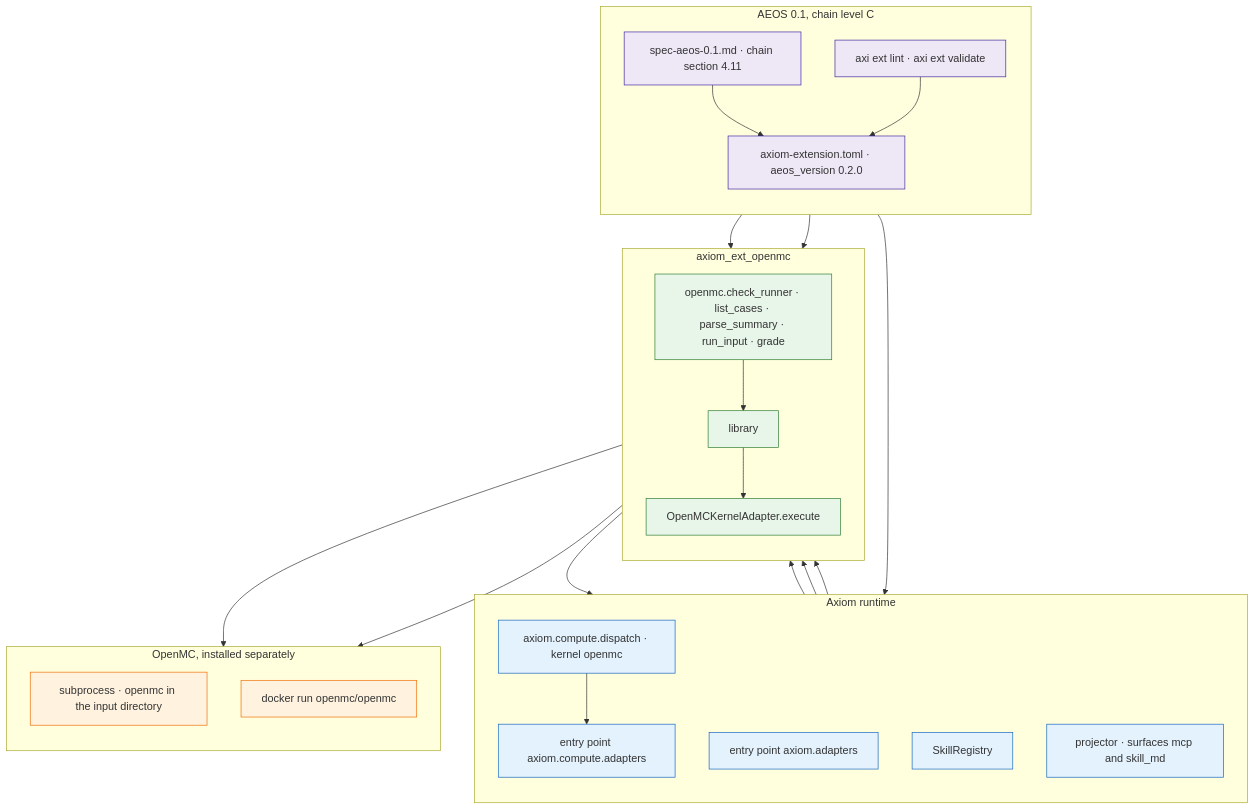
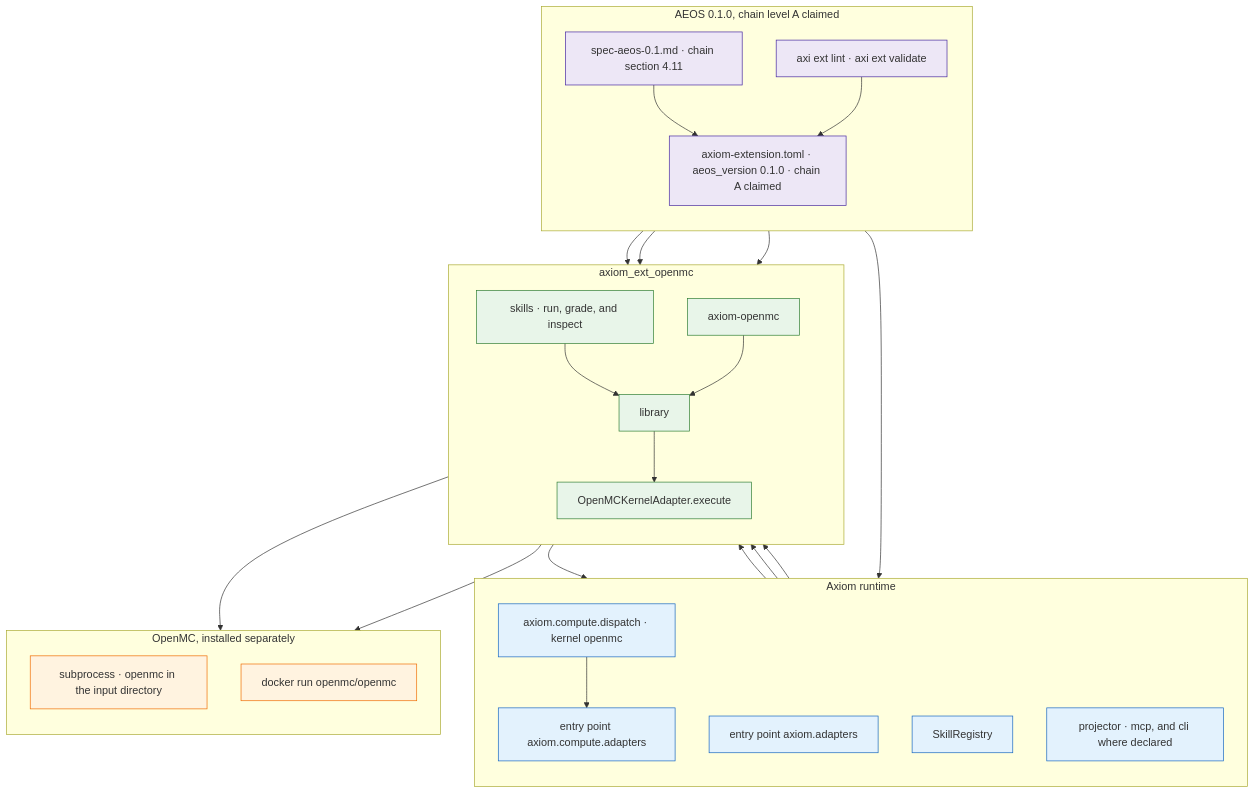
Before and after one commit to UT-Computational-NE/axiom-ext-openmc: the second of 2 diagrams in README.md, drawn with Mermaid. The commit also changed other lines of this file and 27 other files, not shown here.

````diff
--- a/README.md
+++ b/README.md
@@ -66,51 +74,54 @@
 ```mermaid
 flowchart TB
-  subgraph aeos["AEOS 0.1, chain level C"]
+  subgraph aeos["AEOS 0.1.0, chain level A claimed"]
     direction TB
     spec["spec-aeos-0.1.md · chain section 4.11"]
     lint["axi ext lint · axi ext validate"]
-    man["axiom-extension.toml · aeos_version 0.2.0"]
+    man["axiom-extension.toml · aeos_version 0.1.0 · chain A claimed"]
   end
 
   subgraph runtime["Axiom runtime"]
     direction TB
     dispatch["axiom.compute.dispatch · kernel openmc"]
     entry["entry point axiom.compute.adapters"]
     aeosEntry["entry point axiom.adapters"]
     registry["SkillRegistry"]
-    project["projector · surfaces mcp and skill_md"]
+    project["projector · mcp, and cli where declared"]
   end
 
   subgraph pkg["axiom_ext_openmc"]
     direction TB
     ad["OpenMCKernelAdapter.execute"]
-    sk["openmc.check_runner · list_cases · parse_summary · run_input · grade"]
+    sk["skills · run, grade, and inspect"]
+    cmd["axiom-openmc"]
     lb["library"]
   end
 
   subgraph engine["OpenMC, installed separately"]
     direction TB
     native["subprocess · openmc in the input directory"]
     image["docker run openmc/openmc"]
   end
 
   spec --> man
   lint --> man
   man --> ad
   man --> sk
+  man --> cmd
   dispatch --> entry --> ad
   man --> aeosEntry --> ad
   registry --> sk --> lb --> ad
+  cmd --> lb
   sk --> project
   ad --> native
   ad --> image
 
   classDef std fill:#ede7f6,stroke:#4527a0,color:#333
   classDef run fill:#e3f2fd,stroke:#1565c0,color:#333
   classDef box fill:#e8f5e9,stroke:#2e7d32,color:#333
   classDef eng fill:#fff3e0,stroke:#ef6c00,color:#333
   class spec,lint,man std
   class dispatch,entry,aeosEntry,registry,project run
-  class ad,sk,lb box
+  class ad,sk,cmd,lb box
   class native,image eng
 ```
````
